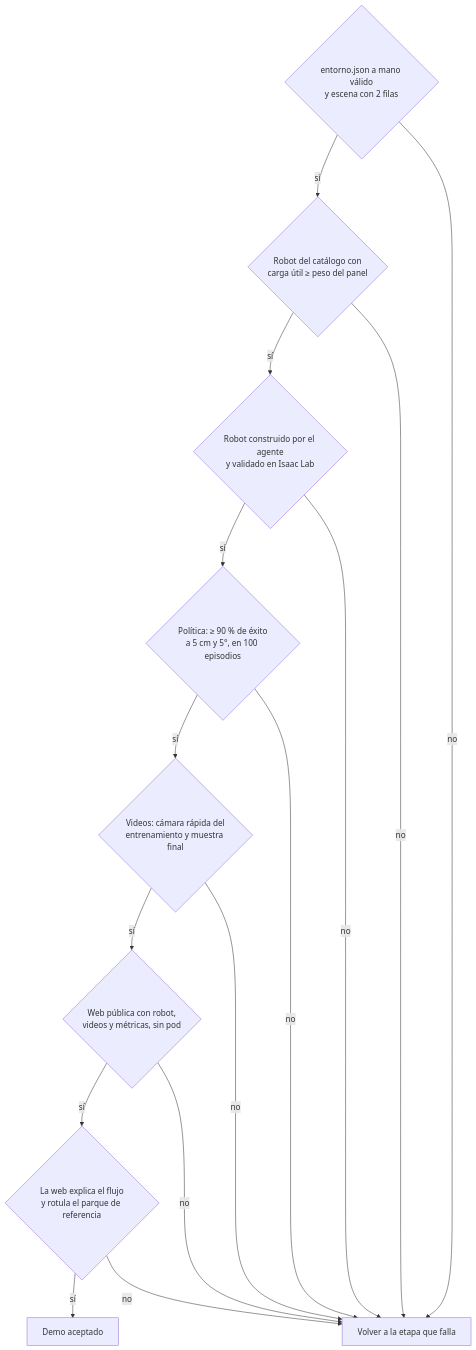
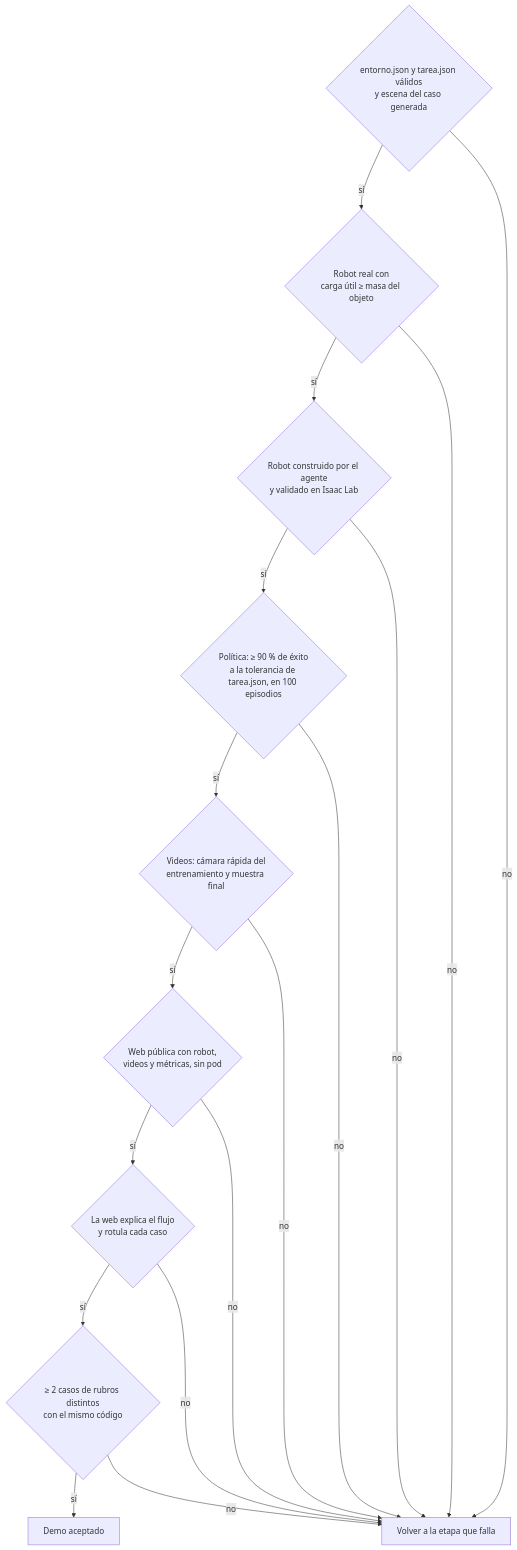
One commit to platanus-hack/platanus-hack-26-cl-team-4 changed the eighth of 9 diagrams in docs/requerimientos.md. Above: the diagram before and after it, drawn with Mermaid. The commit also changed other lines of this file and 9 other files, not shown here.

````diff
--- a/docs/requerimientos.md
+++ b/docs/requerimientos.md
@@ -404,11 +453,12 @@
 ```mermaid
 flowchart TD
-  A1{"entorno.json a mano válido<br/>y escena con 2 filas"} -->|sí| A2{"Robot del catálogo con<br/>carga útil ≥ peso del panel"}
+  A1{"entorno.json y tarea.json válidos<br/>y escena del caso generada"} -->|sí| A2{"Robot real con<br/>carga útil ≥ masa del objeto"}
   A2 -->|sí| A3{"Robot construido por el agente<br/>y validado en Isaac Lab"}
-  A3 -->|sí| A4{"Política: ≥ 90 % de éxito<br/>a 5 cm y 5°, en 100 episodios"}
+  A3 -->|sí| A4{"Política: ≥ 90 % de éxito<br/>a la tolerancia de tarea.json, en 100 episodios"}
   A4 -->|sí| A5{"Videos: cámara rápida del<br/>entrenamiento y muestra final"}
   A5 -->|sí| A6{"Web pública con robot,<br/>videos y métricas, sin pod"}
-  A6 -->|sí| A7{"La web explica el flujo<br/>y rotula el parque de referencia"}
-  A7 -->|sí| OK[Demo aceptado]
-  A1 & A2 & A3 & A4 & A5 & A6 & A7 -->|no| FIX[Volver a la etapa que falla]
+  A6 -->|sí| A7{"La web explica el flujo<br/>y rotula cada caso"}
+  A7 -->|sí| A8{"≥ 2 casos de rubros distintos<br/>con el mismo código"}
+  A8 -->|sí| OK[Demo aceptado]
+  A1 & A2 & A3 & A4 & A5 & A6 & A7 & A8 -->|no| FIX[Volver a la etapa que falla]
 ```
````
